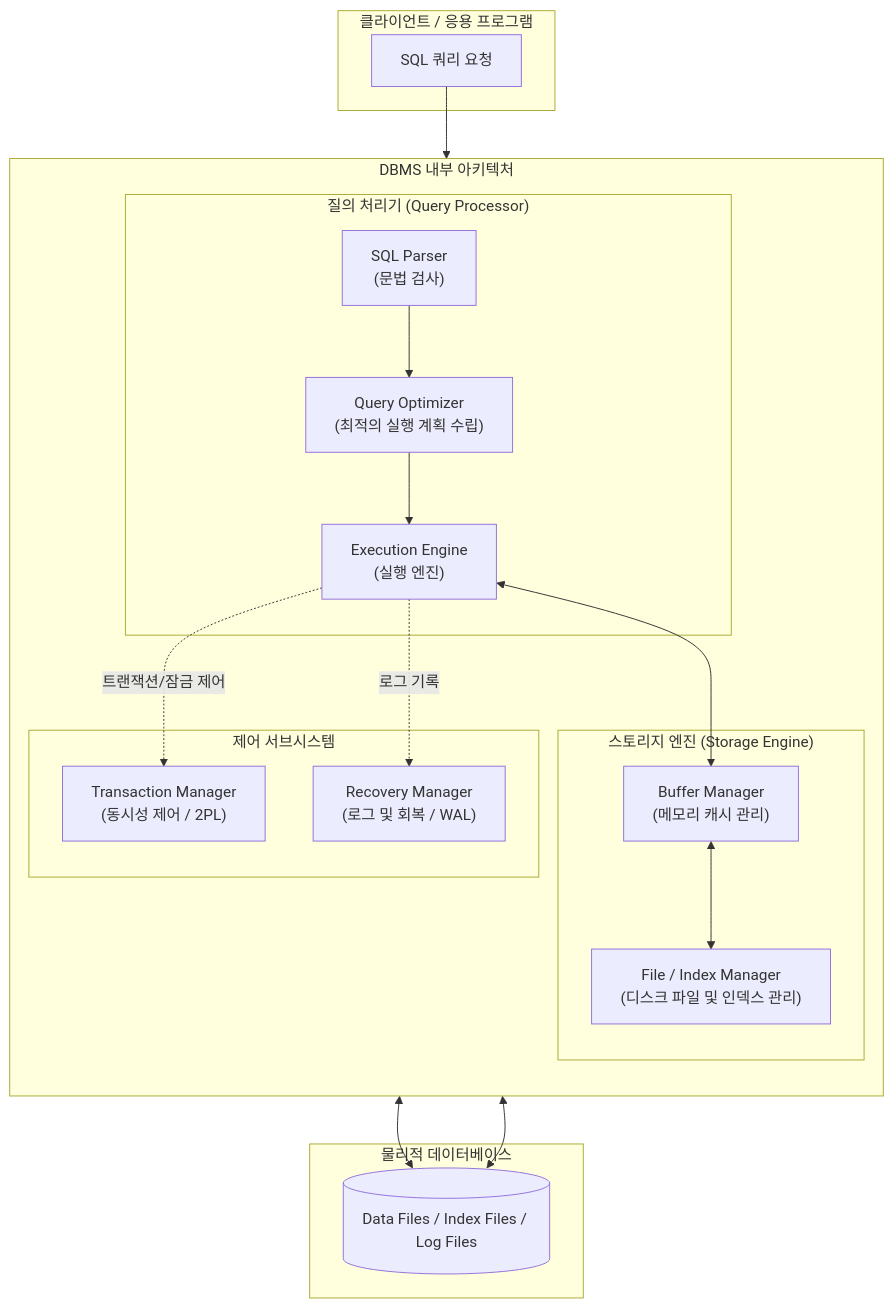
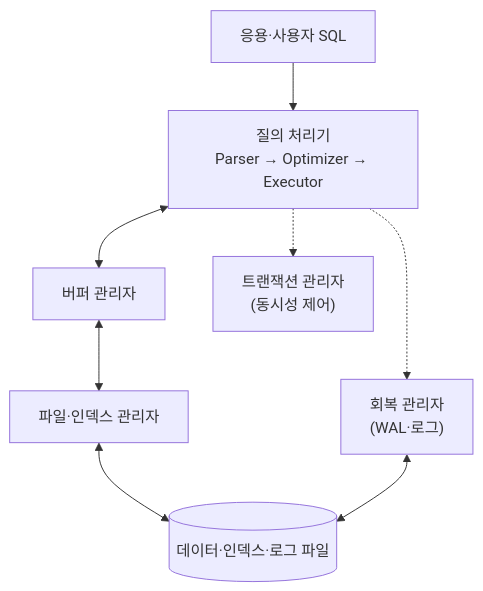
The diagram in content/01_IT Tech/DBMS.md (supremethumb/supremethumb.github.io), drawn with Mermaid before and after one commit. The commit also changed other lines of this file and 1087 other files, not shown here.

````diff
--- a/content/01_IT Tech/DBMS.md
+++ b/content/01_IT Tech/DBMS.md
@@ -31,39 +36,10 @@
 ```mermaid
-flowchart TD
-    subgraph Client ["클라이언트 / 응용 프로그램"]
-        SQL["SQL 쿼리 요청"]
-    end
-
-    subgraph DBMS_Core ["DBMS 내부 아키텍처"]
-        direction TB
-        
-        subgraph Query_Processor ["질의 처리기 (Query Processor)"]
-            Parser["SQL Parser<br/>(문법 검사)"] --> Optimizer["Query Optimizer<br/>(최적의 실행 계획 수립)"]
-            Optimizer --> ExecEngine["Execution Engine<br/>(실행 엔진)"]
-        end
-
-        subgraph Storage_Engine ["스토리지 엔진 (Storage Engine)"]
-            Buffer["Buffer Manager<br/>(메모리 캐시 관리)"]
-            FileMgr["File / Index Manager<br/>(디스크 파일 및 인덱스 관리)"]
-            Buffer <--> FileMgr
-        end
-
-        subgraph Control_Subsystem ["제어 서브시스템"]
-            TransMgr["Transaction Manager<br/>(동시성 제어 / 2PL)"]
-            LogMgr["Recovery Manager<br/>(로그 및 회복 / WAL)"]
-        end
-        
-        ExecEngine <--> Buffer
-        ExecEngine -. "트랜잭션/잠금 제어" .-> TransMgr
-        ExecEngine -. "로그 기록" .-> LogMgr
-    end
-
-    subgraph Physical_DB ["물리적 데이터베이스"]
-        DataFiles[(Data Files / Index Files / Log Files)]
-    end
-
-    SQL --> Parser
-    FileMgr <--> DataFiles
-    LogMgr <--> DataFiles
-
+flowchart TB
+    C["응용·사용자 SQL"] --> P["질의 처리기<br/>Parser → Optimizer → Executor"]
+    P <--> B["버퍼 관리자"]
+    P -.-> T["트랜잭션 관리자<br/>(동시성 제어)"]
+    P -.-> R["회복 관리자<br/>(WAL·로그)"]
+    B <--> F["파일·인덱스 관리자"]
+    F <--> D[("데이터·인덱스·로그 파일")]
+    R <--> D
 ```
````
